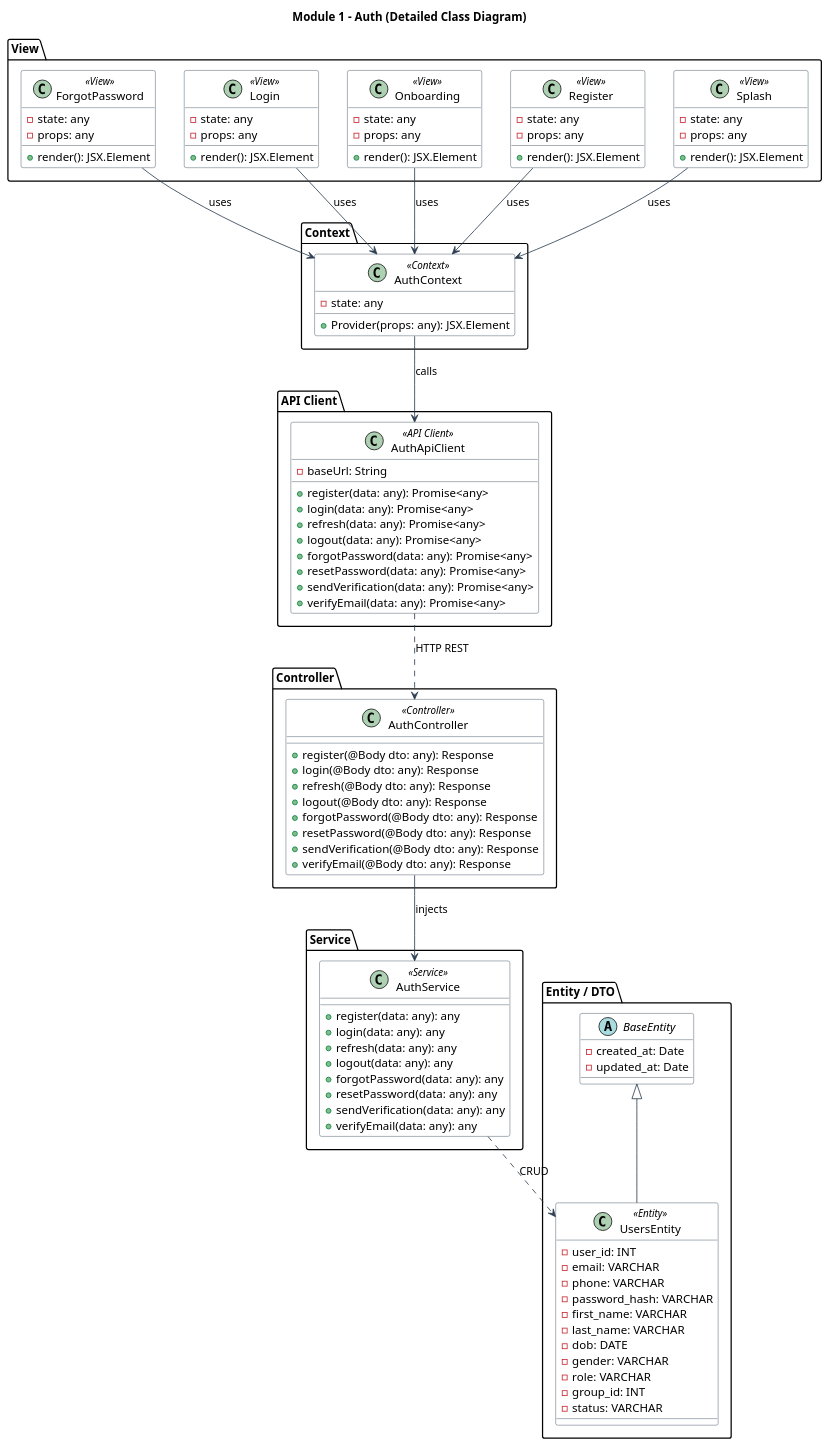
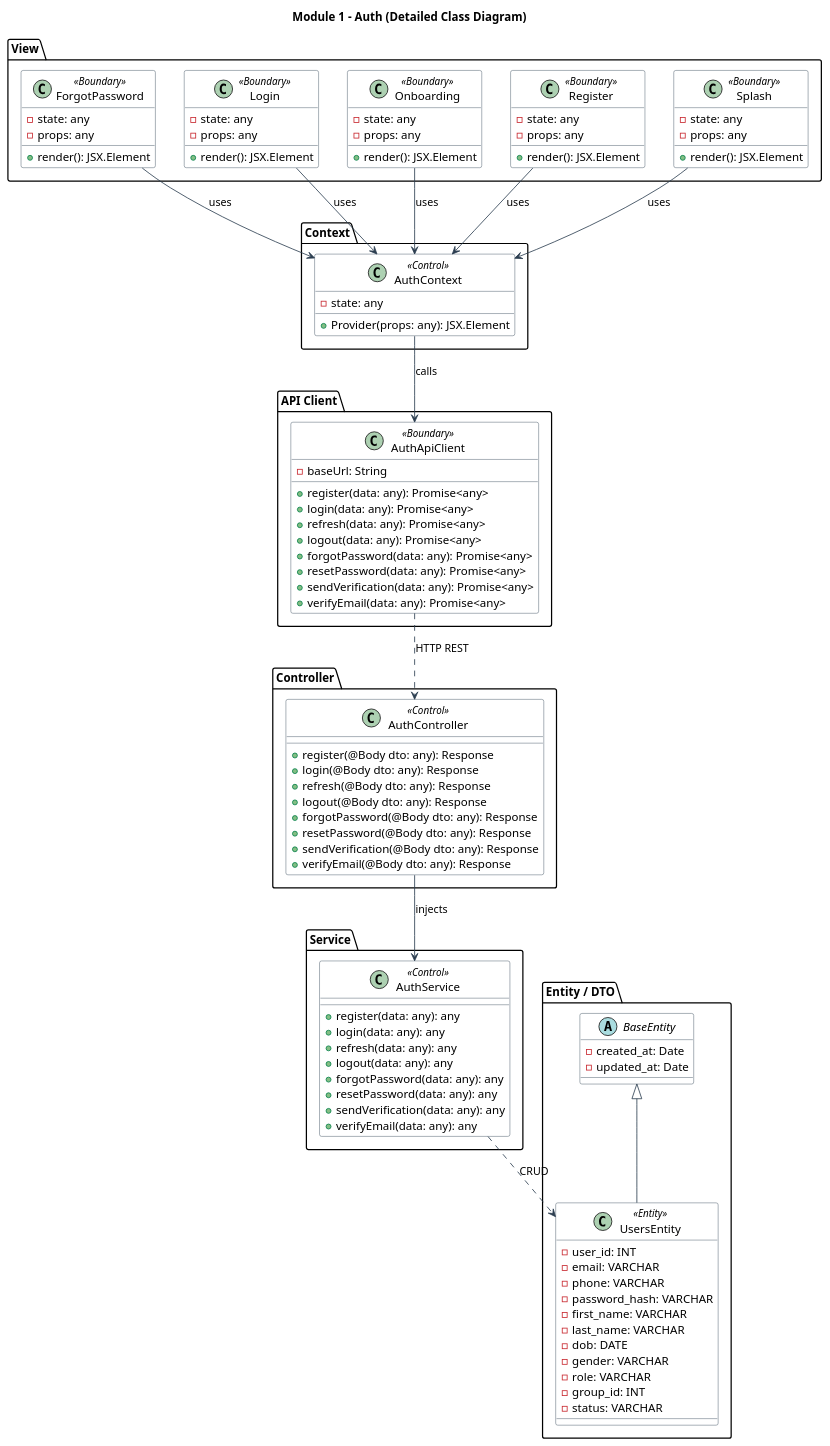
The diagram in DetailedDesign/ClassDesign/ClassDiagram/Module_1_Auth_Detailed_Class_Diagram.puml (Alt2210/NaviMart), drawn with PlantUML before and after one commit. The commit also changed 75 other files, not shown here.

```diff
--- a/DetailedDesign/ClassDesign/ClassDiagram/Module_1_Auth_Detailed_Class_Diagram.puml
+++ b/DetailedDesign/ClassDesign/ClassDiagram/Module_1_Auth_Detailed_Class_Diagram.puml
@@ -1,117 +1,117 @@
 @startuml
 title Module 1 - Auth (Detailed Class Diagram)
 
 skinparam class {
     BackgroundColor White
     ArrowColor #2C3E50
     BorderColor #2C3E50
 }
 
 package "View" {
-    class ForgotPassword <<View>> {
+    class ForgotPassword <<Boundary>> {
         - state: any
         - props: any
         + render(): JSX.Element
     }
-    class Login <<View>> {
+    class Login <<Boundary>> {
         - state: any
         - props: any
         + render(): JSX.Element
     }
-    class Onboarding <<View>> {
+    class Onboarding <<Boundary>> {
         - state: any
         - props: any
         + render(): JSX.Element
     }
-    class Register <<View>> {
+    class Register <<Boundary>> {
         - state: any
         - props: any
         + render(): JSX.Element
     }
-    class Splash <<View>> {
+    class Splash <<Boundary>> {
         - state: any
         - props: any
         + render(): JSX.Element
     }
 }
 
 package "Context" {
-    class AuthContext <<Context>> {
+    class AuthContext <<Control>> {
         - state: any
         + Provider(props: any): JSX.Element
     }
 }
 
 package "API Client" {
-    class AuthApiClient <<API Client>> {
+    class AuthApiClient <<Boundary>> {
         - baseUrl: String
         + register(data: any): Promise<any>
         + login(data: any): Promise<any>
         + refresh(data: any): Promise<any>
         + logout(data: any): Promise<any>
         + forgotPassword(data: any): Promise<any>
         + resetPassword(data: any): Promise<any>
         + sendVerification(data: any): Promise<any>
         + verifyEmail(data: any): Promise<any>
     }
 }
 
 package "Controller" {
-    class AuthController <<Controller>> {
+    class AuthController <<Control>> {
         + register(@Body dto: any): Response
         + login(@Body dto: any): Response
         + refresh(@Body dto: any): Response
         + logout(@Body dto: any): Response
         + forgotPassword(@Body dto: any): Response
         + resetPassword(@Body dto: any): Response
         + sendVerification(@Body dto: any): Response
         + verifyEmail(@Body dto: any): Response
     }
 }
 
 package "Service" {
-    class AuthService <<Service>> {
+    class AuthService <<Control>> {
         + register(data: any): any
         + login(data: any): any
         + refresh(data: any): any
         + logout(data: any): any
         + forgotPassword(data: any): any
         + resetPassword(data: any): any
         + sendVerification(data: any): any
         + verifyEmail(data: any): any
     }
 }
 
 package "Entity / DTO" {
     abstract class BaseEntity {
         - created_at: Date
         - updated_at: Date
     }
     class UsersEntity <<Entity>> {
         - user_id: INT
         - email: VARCHAR
         - phone: VARCHAR
         - password_hash: VARCHAR
         - first_name: VARCHAR
         - last_name: VARCHAR
         - dob: DATE
         - gender: VARCHAR
         - role: VARCHAR
         - group_id: INT
         - status: VARCHAR
     }
     BaseEntity <|-- UsersEntity
 }
 
 ' --- Relationships ---
 ForgotPassword --> AuthContext : "uses"
 Login --> AuthContext : "uses"
 Onboarding --> AuthContext : "uses"
 Register --> AuthContext : "uses"
 Splash --> AuthContext : "uses"
 AuthContext --> AuthApiClient : "calls"
 AuthApiClient ..> AuthController : "HTTP REST"
 AuthController --> AuthService : "injects"
 AuthService ..> UsersEntity : "CRUD"
 
 @enduml
```
